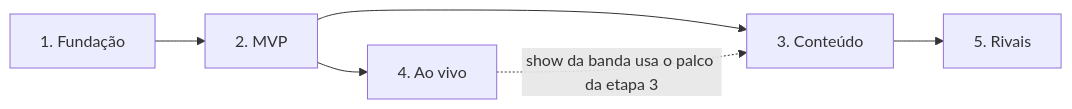
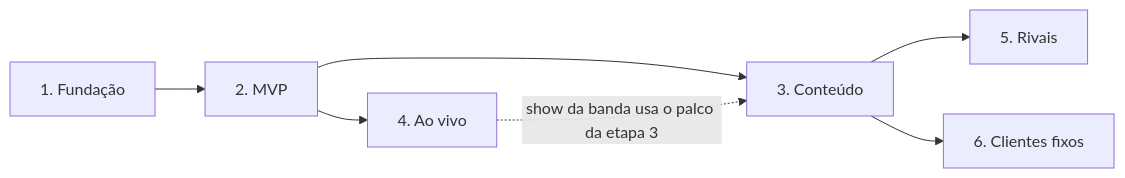
The diagram in docs/roteiro/index.md (LCavarcan/VinilHero), drawn with Mermaid before and after one commit. The commit also changed other lines of this file and 35 other files, not shown here.

First line of the commit message:
Etapa 6: clientes fixos

````diff
--- a/docs/roteiro/index.md
+++ b/docs/roteiro/index.md
@@ -14,8 +15,9 @@
 ```mermaid
 flowchart LR
     E1[1. Fundação] --> E2[2. MVP]
     E2 --> E3[3. Conteúdo]
     E2 --> E4[4. Ao vivo]
     E3 --> E5[5. Rivais]
+    E3 --> E6[6. Clientes fixos]
     E4 -.->|show da banda usa o palco da etapa 3| E3
 ```
````
